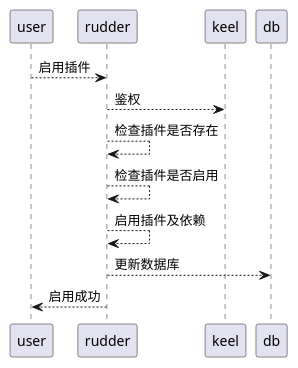
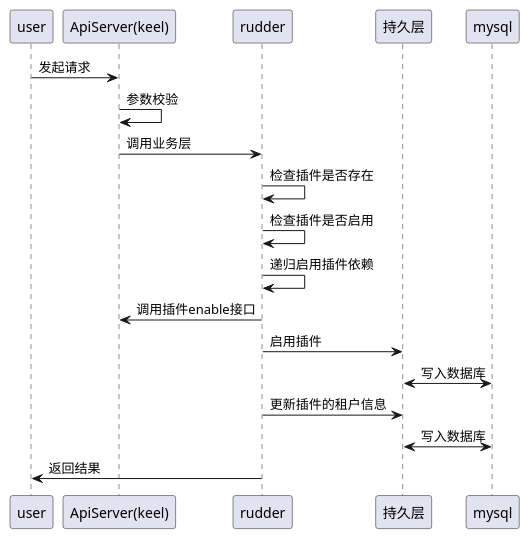
The second of 4 diagrams in docs/api/appendix/plantuml/plugin-manager-tenant.md (tkeel-io/docs), drawn with PlantUML before and after one commit. The commit also changed other lines of this file and 2 other files, not shown here.

Commit message:
feat: update plugin manager uml & fluxswicth manager

````diff
--- a/docs/api/appendix/plantuml/plugin-manager-tenant.md
+++ b/docs/api/appendix/plantuml/plugin-manager-tenant.md
@@ -29,12 +38,23 @@
 ```plantuml
 @startuml
-user --> rudder : 启用插件
-rudder --> keel : 鉴权
-rudder --> rudder : 检查插件是否存在
-rudder --> rudder : 检查插件是否启用
-rudder --> rudder : 启用插件及依赖
-rudder --> db : 更新数据库
-rudder --> user : 启用成功
+participant "user" as user
+participant "ApiServer(keel)" as keel
+participant "rudder" as rudder
+participant "持久层" as dblayer
+participant "mysql" as mysql
+
+user -> keel : 发起请求
+keel -> keel : 参数校验 
+keel -> rudder : 调用业务层
+rudder -> rudder : 检查插件是否存在
+rudder -> rudder : 检查插件是否启用
+rudder -> rudder : 递归启用插件依赖
+rudder -> keel : 调用插件enable接口
+rudder -> dblayer : 启用插件
+dblayer <-> mysql : 写入数据库
+rudder -> dblayer : 更新插件的租户信息
+dblayer <-> mysql : 写入数据库
+rudder -> user : 返回结果
 
 @enduml
 ```
````
